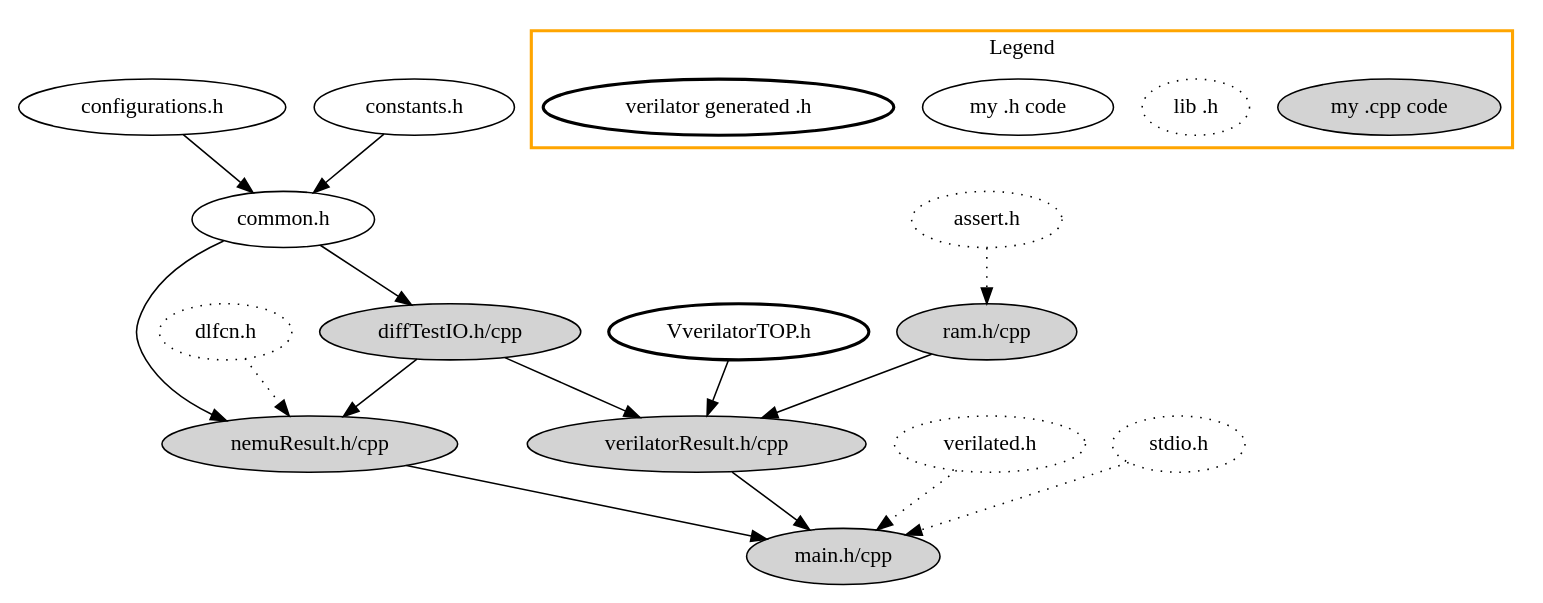
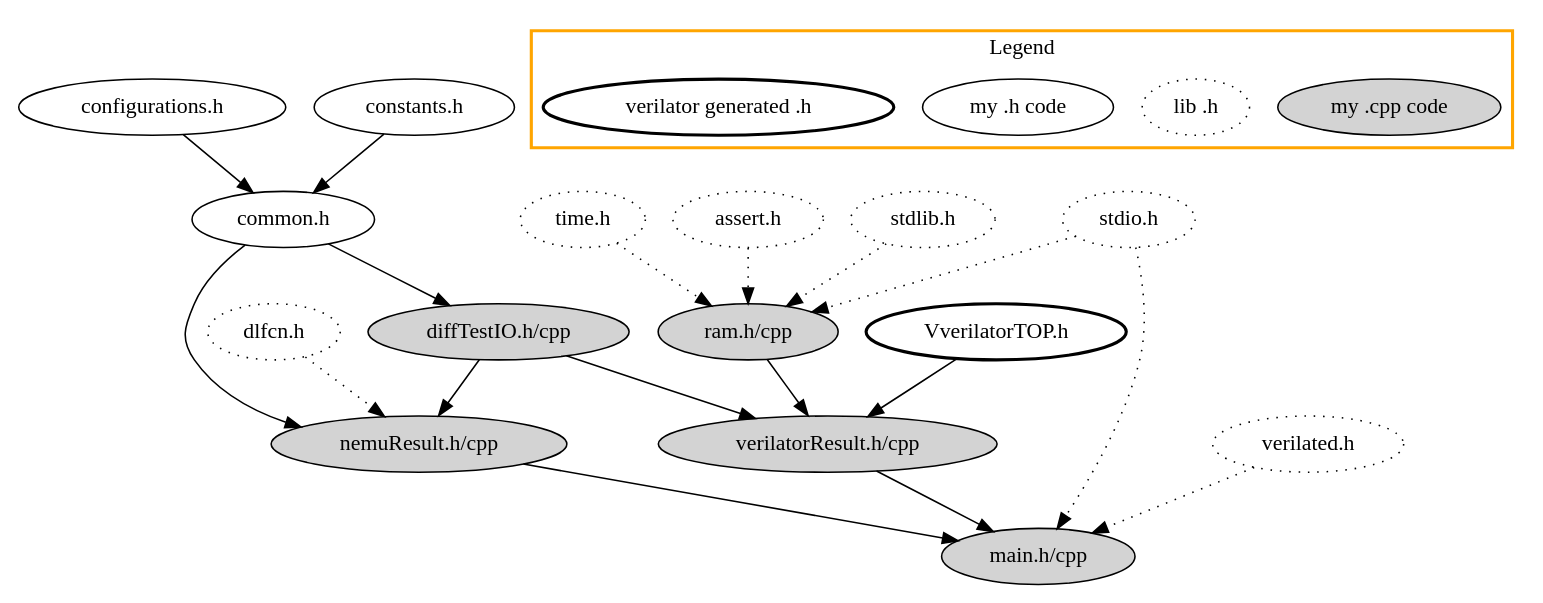
The diagram in documents/dependChain-verilator.gv (yuhengy/coredesign), drawn with Graphviz before and after one commit. The commit also changed 13 other files, not shown here.

```diff
--- a/documents/dependChain-verilator.gv
+++ b/documents/dependChain-verilator.gv
@@ -1,48 +1,53 @@
 digraph G {
   "configurations.h" -> "common.h";
   "constants.h" -> "common.h";
   "common.h" -> "diffTestIO.h/cpp", "nemuResult.h/cpp";
   "diffTestIO.h/cpp" -> "verilatorResult.h/cpp", "nemuResult.h/cpp";
   "verilatorResult.h/cpp" -> "main.h/cpp";
 
   "VverilatorTOP.h" [style=bold];
   "VverilatorTOP.h" -> "verilatorResult.h/cpp";
 
   "nemuResult.h/cpp" [style=filled];
   "verilatorResult.h/cpp" [style=filled];
   "main.h/cpp" [style=filled];
   "ram.h/cpp" [style=filled];
   "diffTestIO.h/cpp" [style=filled];
 
 
   "verilated.h" [style=dotted];
   "dlfcn.h" [style=dotted];
   "stdio.h" [style=dotted];
+  "stdlib.h" [style=dotted];
+  "time.h" [style=dotted];
   "assert.h" [style=dotted];
   "verilated.h" -> "main.h/cpp" [style=dotted];
   "dlfcn.h" -> "nemuResult.h/cpp" [style=dotted];
   "stdio.h" -> "main.h/cpp" [style=dotted];
   "assert.h" -> "ram.h/cpp" [style=dotted];
+  "stdio.h" -> "ram.h/cpp" [style=dotted];
+  "stdlib.h" -> "ram.h/cpp" [style=dotted];
+  "time.h" -> "ram.h/cpp" [style=dotted];
 
   "ram.h/cpp" -> "verilatorResult.h/cpp";
   "nemuResult.h/cpp" -> "main.h/cpp";
 
 
 
   // Legend
   subgraph cluster1 {
     "my .cpp code" [style=filled];
     "lib .h" [style=dotted];
     "my .h code";
     "verilator generated .h" [style=bold];
 
     label = "Legend";
     style=bold;
     color = "orange";
   }
 }
 
 // TODO: 1. Add verilator generated .cpp files as a node.
 //          The intrinsic problem is we cannot draw a node with `style=filled+bold`
 //       2. Add a node represent runnable, which is arrowed by all .cpp.
 //          This can only be done after solve TODO1.
```
